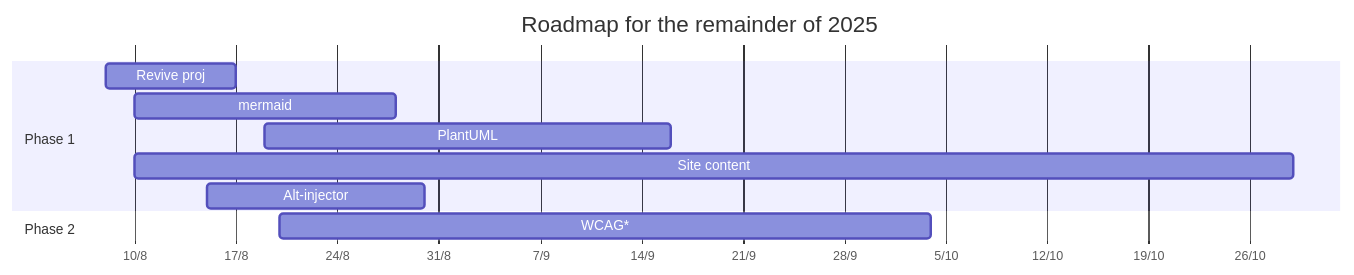
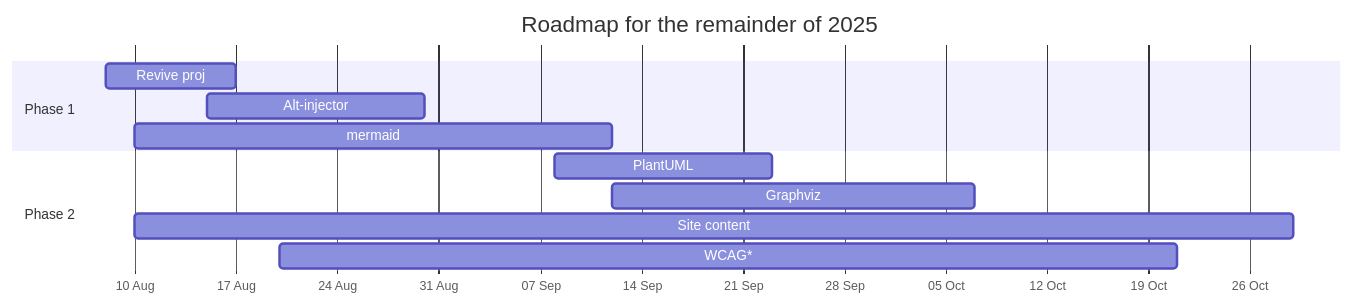
Before and after one commit to cassmastern/lers-sandbox: the diagram in docs/sec_about/roadmap.md, drawn with Mermaid. The commit also changed 18 other files, not shown here.

Commit message:
Updated roadmap, cross-platform jargon-breaker topics + platform infrastructure files

````diff
--- a/docs/sec_about/roadmap.md
+++ b/docs/sec_about/roadmap.md
@@ -3,14 +3,15 @@
 ```mermaid
 gantt
     title Roadmap for the remainder of 2025
     dateFormat MM-DD
-    axisFormat %e/%-m
+    axisFormat %d %b
     section Phase 1
-    Revive proj                 :a1, 08-08, 9d
-    mermaid             :08-10, 18d
-    PlantUML                :08-19, 28d
+    Revive proj          :a1, 08-08, 9d
+    Alt-injector         :08-15, 15d
+    mermaid              :08-10, 33d
+    section Phase 2
+    PlantUML             :09-08, 15d
+    Graphviz             :09-12, 25d
     Site content         :08-10, 80d
-    Alt-injector                :08-15, 15d
-    section Phase 2
-    WCAG*                        :08-20, 45d
+    WCAG*                :08-20, 62d
 ```
````
